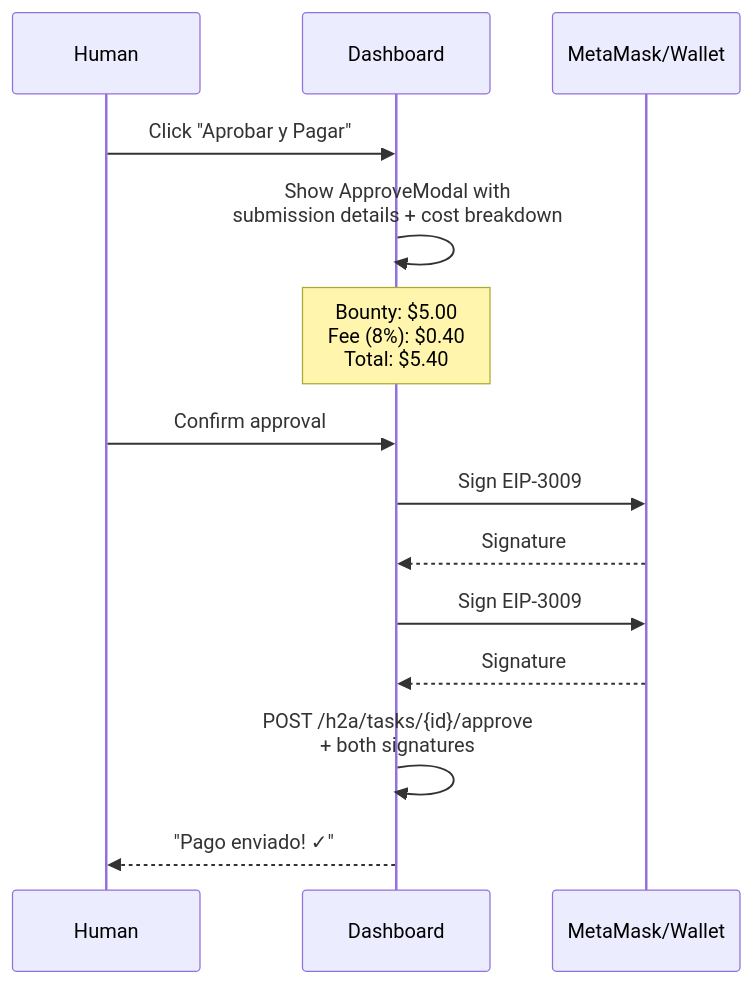
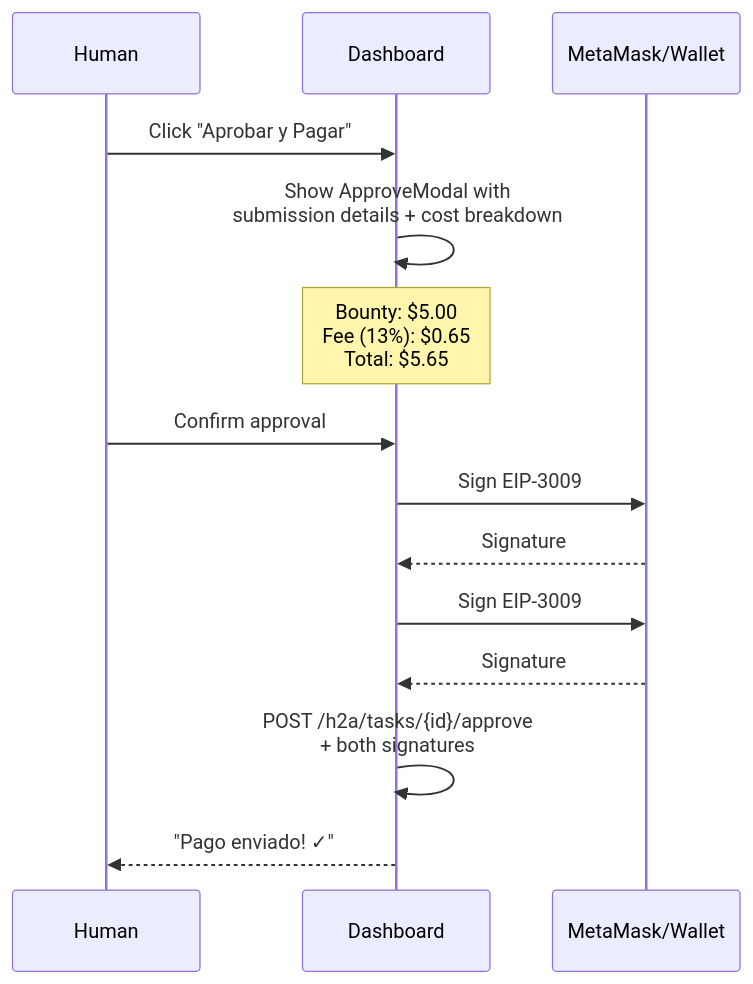
Before and after one commit to UltravioletaDAO/execution-market: the third of 11 diagrams in docs/planning/H2A_MARKETPLACE_EXECUTION_PLAN.md, drawn with Mermaid. The commit also changed other lines of this file and 1 other file, not shown here.

First line of the commit message:
docs: update A2A and H2A plans from 8% to 13% fee (12% EM + 1% x402r)

````diff
--- a/docs/planning/H2A_MARKETPLACE_EXECUTION_PLAN.md
+++ b/docs/planning/H2A_MARKETPLACE_EXECUTION_PLAN.md
@@ -481,20 +481,20 @@
 ```mermaid
 sequenceDiagram
     participant H as Human
     participant D as Dashboard
     participant W as MetaMask/Wallet
 
     H->>D: Click "Aprobar y Pagar"
     D->>D: Show ApproveModal with<br/>submission details + cost breakdown
 
-    Note over D: Bounty: $5.00<br/>Fee (8%): $0.40<br/>Total: $5.40
+    Note over D: Bounty: $5.00<br/>Fee (13%): $0.65<br/>Total: $5.65
 
     H->>D: Confirm approval
     D->>W: Sign EIP-3009 #1<br/>(human → agent, $5.00 USDC)
     W-->>D: Signature #1
-    D->>W: Sign EIP-3009 #2<br/>(human → treasury, $0.40 USDC)
+    D->>W: Sign EIP-3009 #2<br/>(human → treasury, $0.65 USDC)
     W-->>D: Signature #2
 
     D->>D: POST /h2a/tasks/{id}/approve<br/>+ both signatures
     D-->>H: "Pago enviado! ✓"
 ```
````
